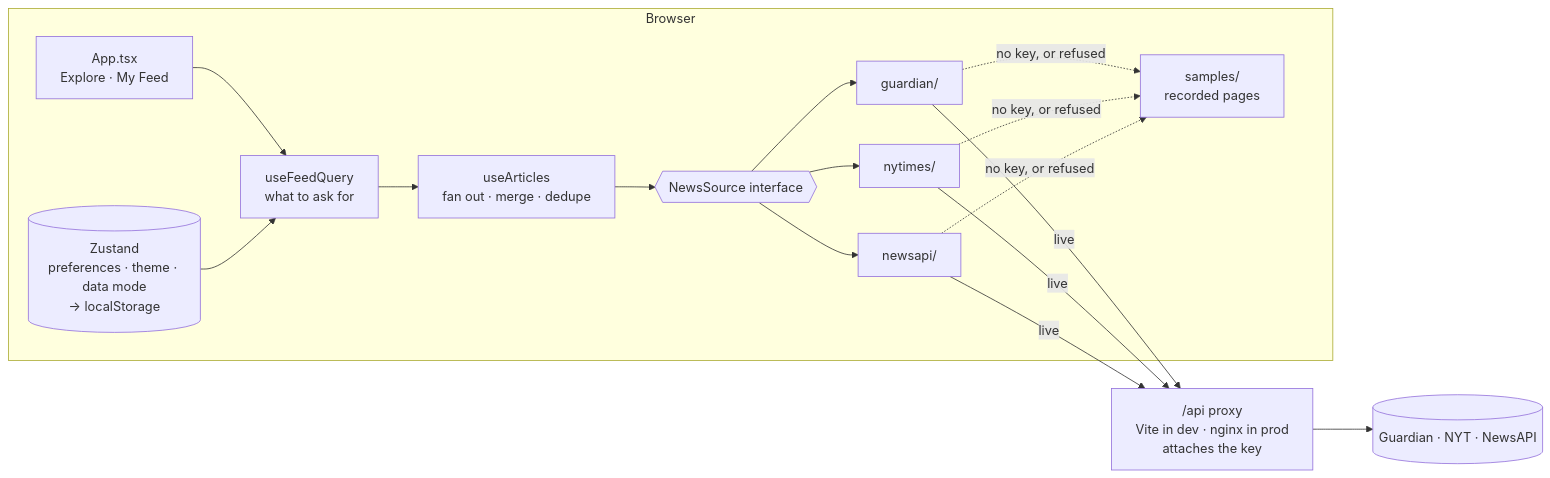
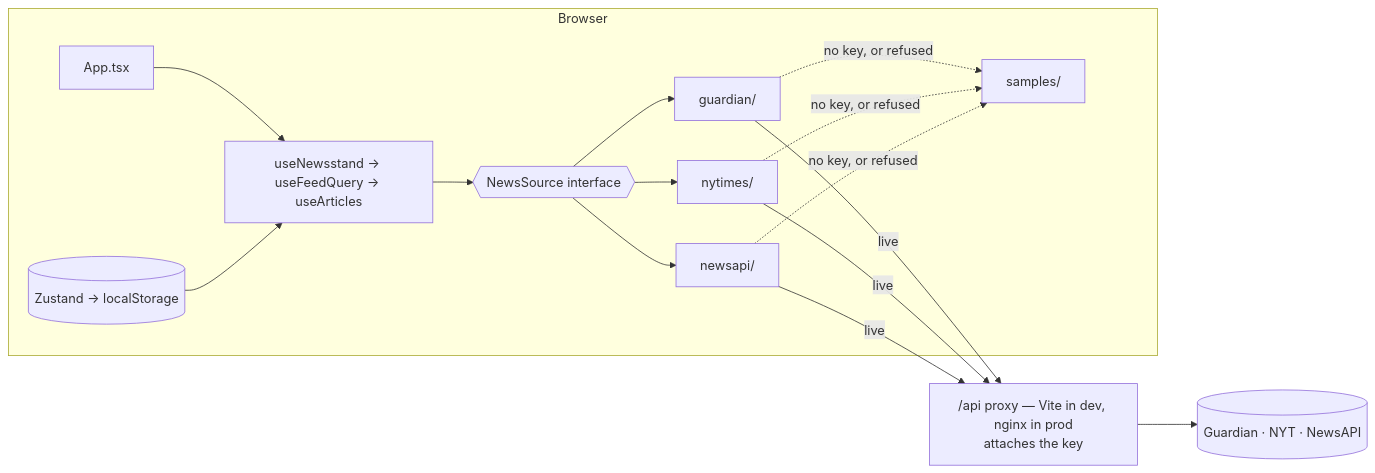
One commit to Fateme-A/news-aggregator changed the diagram in README.md. Above: the diagram before and after it, drawn with Mermaid. The commit also changed other lines of this file, not shown here.

````diff
--- a/README.md
+++ b/README.md
@@ -177,23 +101,21 @@
 ```mermaid
 flowchart LR
   subgraph browser["Browser"]
-    App["App.tsx<br/>Explore · My Feed"]
-    Feed["useFeedQuery<br/>what to ask for"]
-    Articles["useArticles<br/>fan out · merge · dedupe"]
-    Store[("Zustand<br/>preferences · theme · data mode<br/>→ localStorage")]
+    App["App.tsx"]
+    Hook["useNewsstand → useFeedQuery → useArticles"]
+    Store[("Zustand → localStorage")]
     Port{{"NewsSource interface"}}
     G["guardian/"]
     N["nytimes/"]
     A["newsapi/"]
-    S["samples/<br/>recorded pages"]
+    S["samples/"]
   end
-
-  Proxy["/api proxy<br/>Vite in dev · nginx in prod<br/>attaches the key"]
+  Proxy["/api proxy — Vite in dev, nginx in prod<br/>attaches the key"]
   APIs[("Guardian · NYT · NewsAPI")]
 
-  App --> Feed --> Articles --> Port
-  Store --> Feed
+  App --> Hook --> Port
+  Store --> Hook
   Port --> G & N & A
   G & N & A -->|live| Proxy --> APIs
   G & N & A -.->|no key, or refused| S
 ```
````
